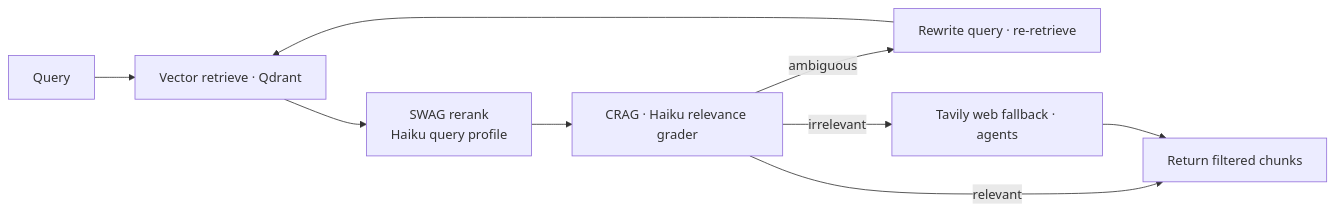
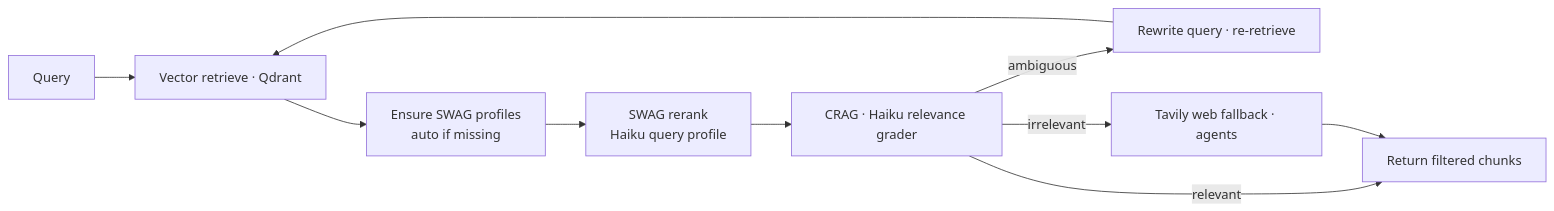
The second of 7 diagrams in docs/ARCHITECTURE_DIAGRAM.md (emguru/langrag), drawn with Mermaid before and after one commit. The commit also changed other lines of this file and 1 other file, not shown here.

First line of the commit message:
Clarify SWAG architecture: single Qdrant index and auto profile enrichment.

````diff
--- a/docs/ARCHITECTURE_DIAGRAM.md
+++ b/docs/ARCHITECTURE_DIAGRAM.md
@@ -112,11 +113,12 @@
 ```mermaid
 flowchart LR
   Q[Query] --> R[Vector retrieve · Qdrant]
-  R --> S[SWAG rerank<br/>Haiku query profile]
+  R --> P[Ensure SWAG profiles<br/>auto if missing]
+  P --> S[SWAG rerank<br/>Haiku query profile]
   S --> G[CRAG · Haiku relevance grader]
   G -->|relevant| F[Return filtered chunks]
   G -->|ambiguous| RW[Rewrite query · re-retrieve]
   RW --> R
   G -->|irrelevant| W[Tavily web fallback · agents]
   W --> F
 ```
````
